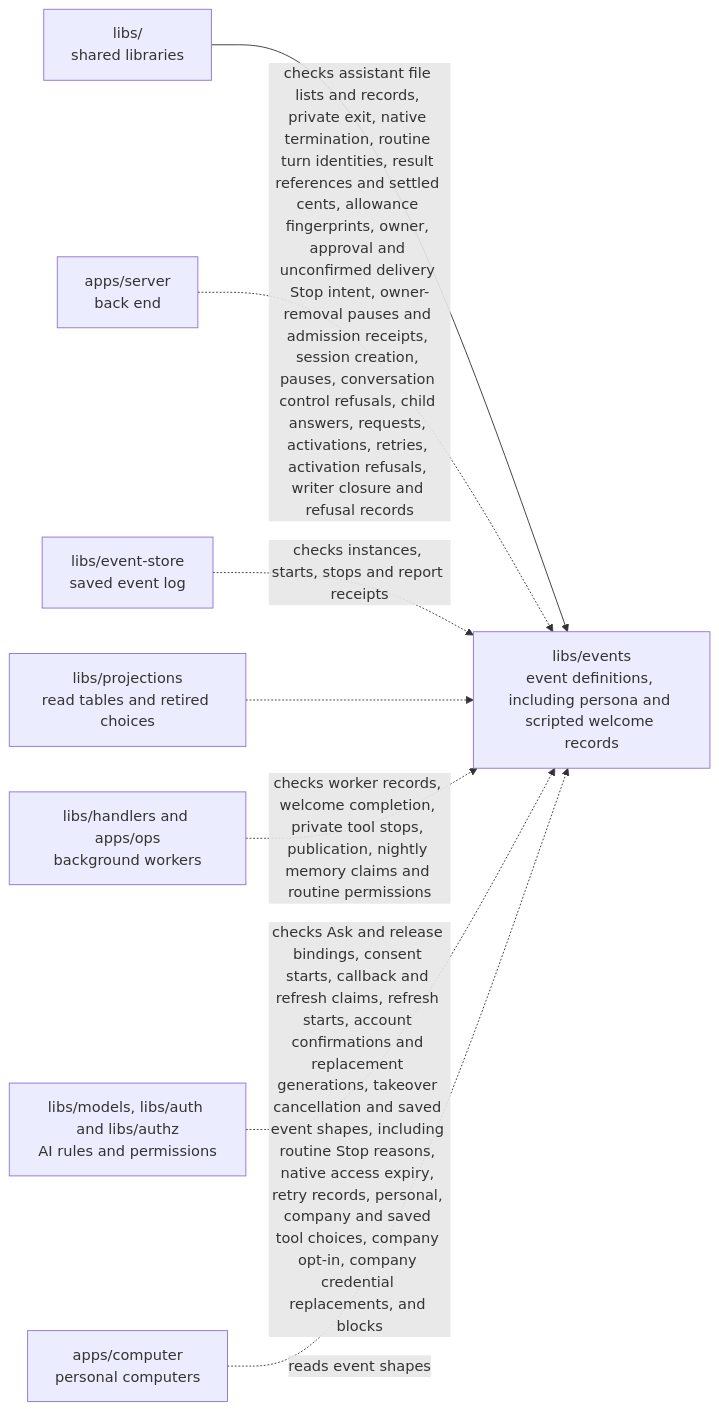
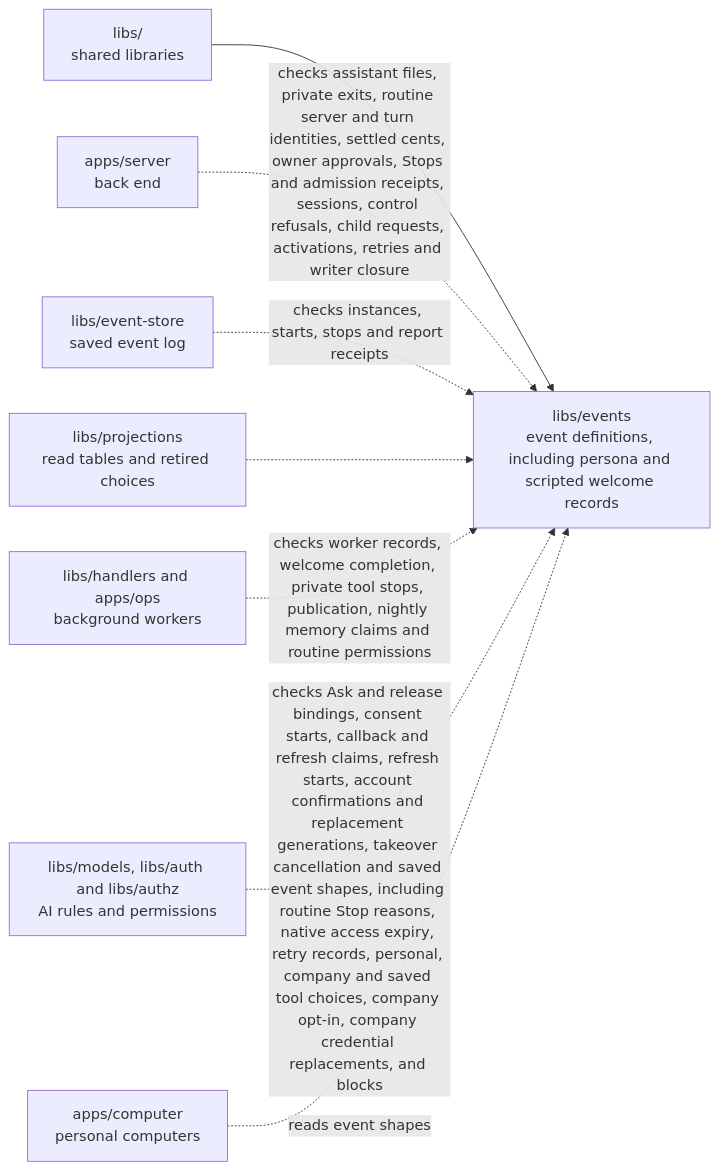
One commit to elewa-git/opencrane-new changed the diagram in libs/events/README.md. Above: the diagram before and after it, drawn with Mermaid. The commit also changed other lines of this file and 13 other files, not shown here.

````diff
--- a/libs/events/README.md
+++ b/libs/events/README.md
@@ -59,10 +61,10 @@
 ```mermaid
 flowchart LR
   parent["libs/<br/>shared libraries"] --> events["libs/events<br/>event definitions, including persona and scripted welcome records"]
-  server["apps/server<br/>back end"] -.->|checks assistant file lists and records, private exit, native termination, routine turn identities, result references and settled cents, allowance fingerprints, owner, approval and unconfirmed delivery Stop intent, owner-removal pauses and admission receipts, session creation, pauses, conversation control refusals, child answers, requests, activations, retries, activation refusals, writer closure and refusal records| events
+  server["apps/server<br/>back end"] -.->|checks assistant files, private exits, routine server and turn identities, settled cents, owner approvals, Stops and admission receipts, sessions, control refusals, child requests, activations, retries and writer closure| events
   store["libs/event-store<br/>saved event log"] -.->|checks instances, starts, stops and report receipts| events
   projections["libs/projections<br/>read tables and retired choices"] -.-> events
   workers["libs/handlers and apps/ops<br/>background workers"] -.->|checks worker records, welcome completion, private tool stops, publication, nightly memory claims and routine permissions| events
   models["libs/models, libs/auth and libs/authz<br/>AI rules and permissions"] -.->|checks Ask and release bindings, consent starts, callback and refresh claims, refresh starts, account confirmations and replacement generations, takeover cancellation and saved event shapes, including routine Stop reasons, native access expiry, retry records, personal, company and saved tool choices, company opt-in, company credential replacements, and blocks| events
   computer["apps/computer<br/>personal computers"] -.->|reads event shapes| events
 ```
````
